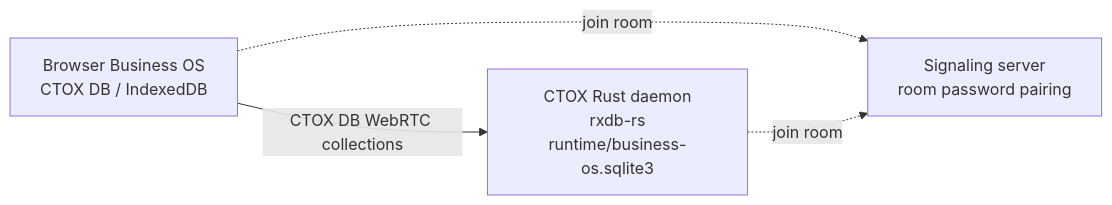
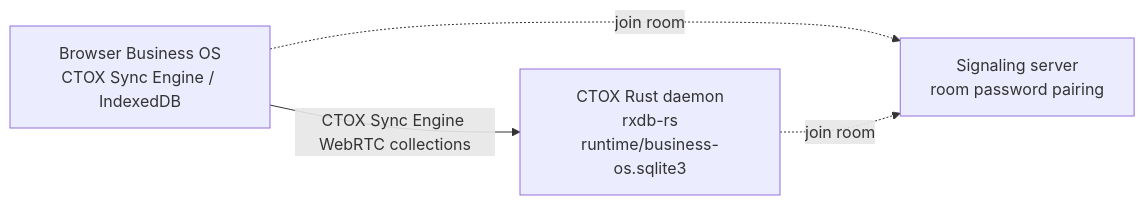
One commit to metric-space-ai/ctox changed the diagram in docs/business-os.md. Above: the diagram before and after it, drawn with Mermaid. The commit also changed other lines of this file and 56 other files, not shown here.

````diff
--- a/docs/business-os.md
+++ b/docs/business-os.md
@@ -36,6 +36,6 @@
 ```mermaid
 flowchart LR
-  Browser["Browser Business OS<br/>CTOX DB / IndexedDB"] -- "CTOX DB WebRTC collections" --> CTOX["CTOX Rust daemon<br/>rxdb-rs<br/>runtime/business-os.sqlite3"]
+  Browser["Browser Business OS<br/>CTOX Sync Engine / IndexedDB"] -- "CTOX Sync Engine WebRTC collections" --> CTOX["CTOX Rust daemon<br/>rxdb-rs<br/>runtime/business-os.sqlite3"]
   Browser -. "join room" .-> Signaling["Signaling server<br/>room password pairing"]
   CTOX -. "join room" .-> Signaling
 ```
````
